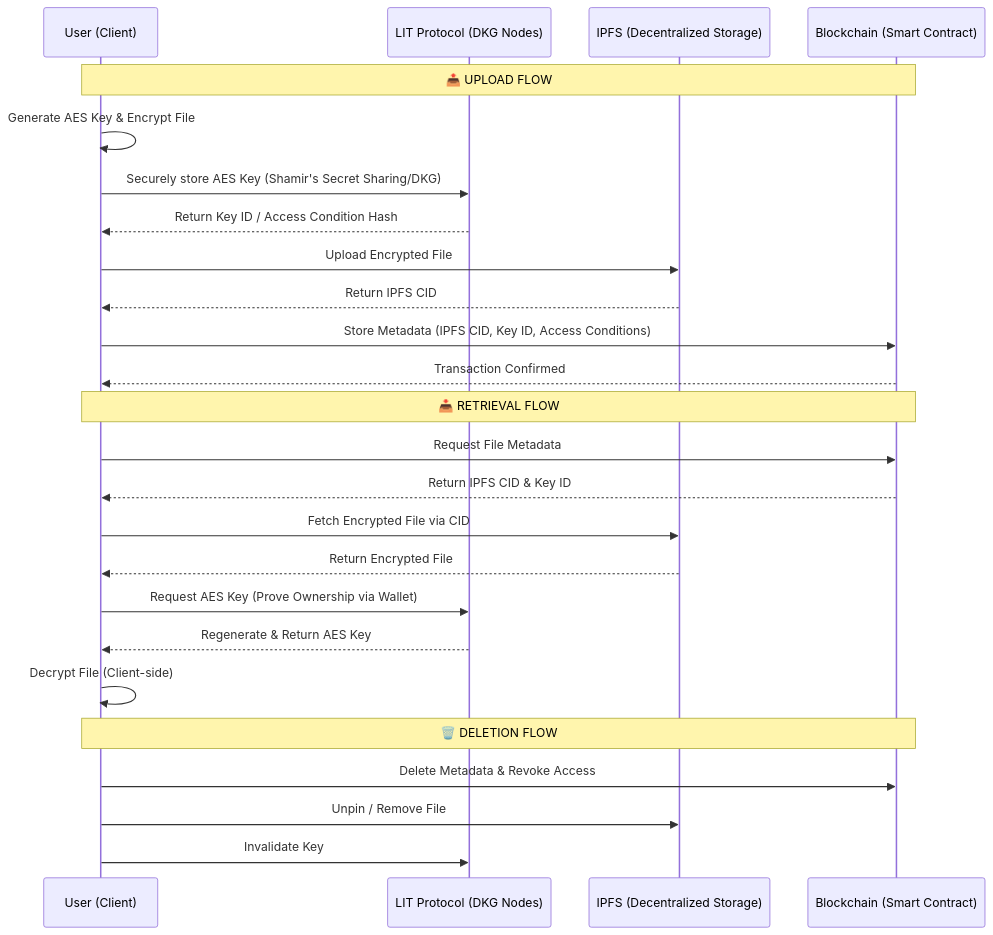
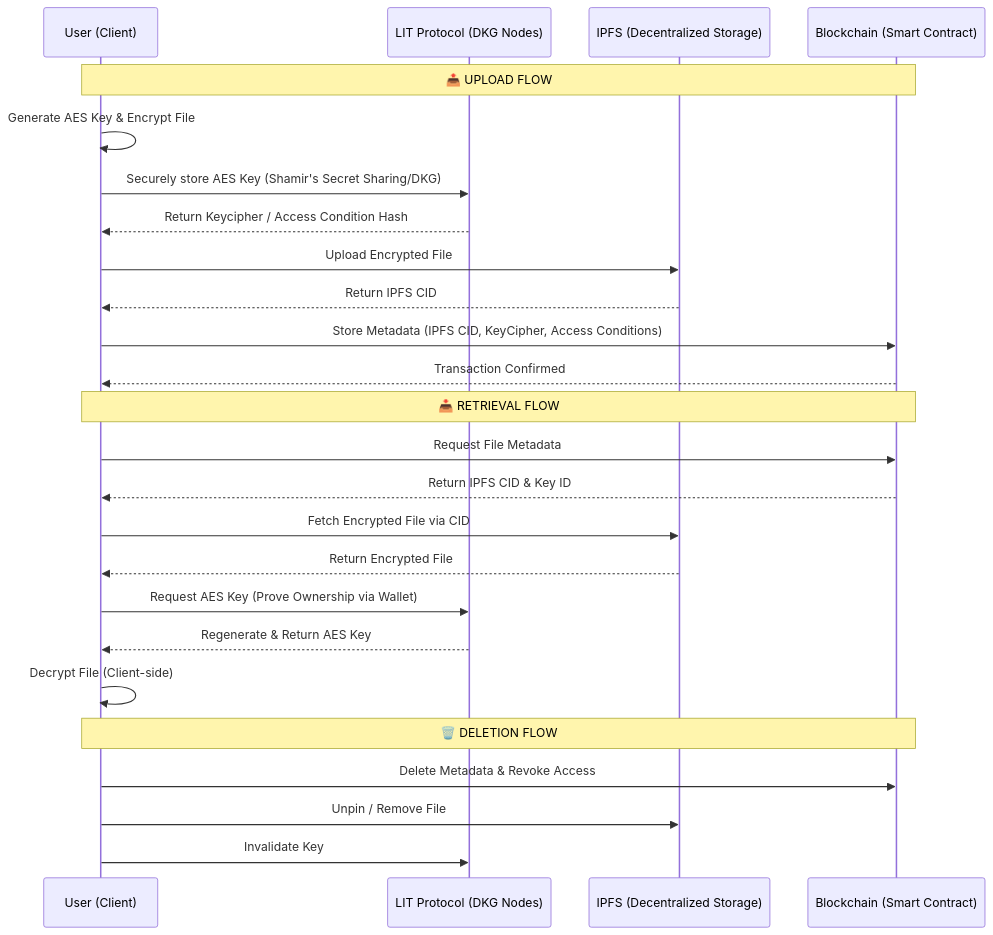
One commit to SwastikIIIT/AuthBackend changed the diagram in README.md. Above: the diagram before and after it, drawn with Mermaid.

Commit message:
Update README to reflect Keycipher terminology

````diff
--- a/README.md
+++ b/README.md
@@ -20,30 +20,30 @@
 ```mermaid
 sequenceDiagram
     participant User as User (Client)
     participant LIT as LIT Protocol (DKG Nodes)
     participant IPFS as IPFS (Decentralized Storage)
     participant Blockchain as Blockchain (Smart Contract)
 
     Note over User, Blockchain: 📤 UPLOAD FLOW
     User->>User: Generate AES Key & Encrypt File
     User->>LIT: Securely store AES Key (Shamir's Secret Sharing/DKG)
-    LIT-->>User: Return Key ID / Access Condition Hash
+    LIT-->>User: Return Keycipher / Access Condition Hash
     User->>IPFS: Upload Encrypted File
     IPFS-->>User: Return IPFS CID
-    User->>Blockchain: Store Metadata (IPFS CID, Key ID, Access Conditions)
+    User->>Blockchain: Store Metadata (IPFS CID, KeyCipher, Access Conditions)
     Blockchain-->>User: Transaction Confirmed
 
     Note over User, Blockchain: 📥 RETRIEVAL FLOW
     User->>Blockchain: Request File Metadata
     Blockchain-->>User: Return IPFS CID & Key ID
     User->>IPFS: Fetch Encrypted File via CID
     IPFS-->>User: Return Encrypted File
     User->>LIT: Request AES Key (Prove Ownership via Wallet)
     LIT-->>User: Regenerate & Return AES Key
     User->>User: Decrypt File (Client-side)
 
     Note over User, Blockchain: 🗑️ DELETION FLOW
     User->>Blockchain: Delete Metadata & Revoke Access
     User->>IPFS: Unpin / Remove File
     User->>LIT: Invalidate Key
 ```
````
